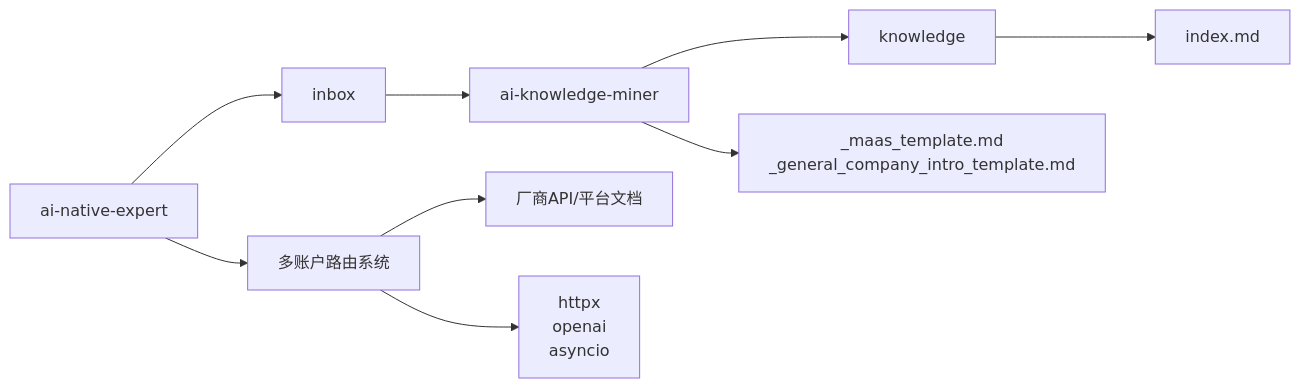
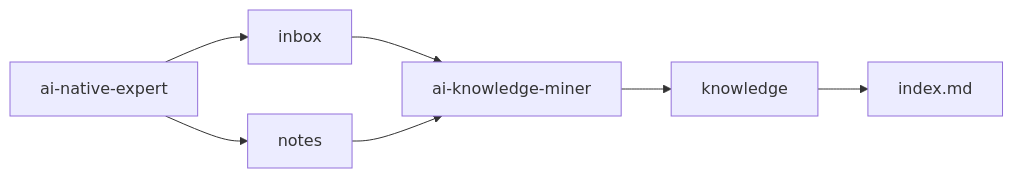
Before and after one commit to EthanNiWorld/AI-Native-SA-2026: the third of 3 diagrams in .qoder/repowiki/zh/content/项目概述.md, drawn with Mermaid. The commit also changed other lines of this file and 21 other files, not shown here.

````diff
--- a/.qoder/repowiki/zh/content/项目概述.md
+++ b/.qoder/repowiki/zh/content/项目概述.md
@@ -304,11 +215,9 @@
 ```mermaid
 graph LR
 Expert["ai-native-expert"] --> Inbox["inbox"]
+Expert --> Notes["notes"]
 Inbox --> Miner["ai-knowledge-miner"]
+Notes --> Miner
 Miner --> KB["knowledge"]
 KB --> IDX["index.md"]
-Expert --> Router["多账户路由系统"]
-Router --> APIs["厂商API/平台文档"]
-Router --> ExternalLibs["httpx<br/>openai<br/>asyncio"]
-Miner --> Templates["_maas_template.md<br/>_general_company_intro_template.md"]
 ```
````
